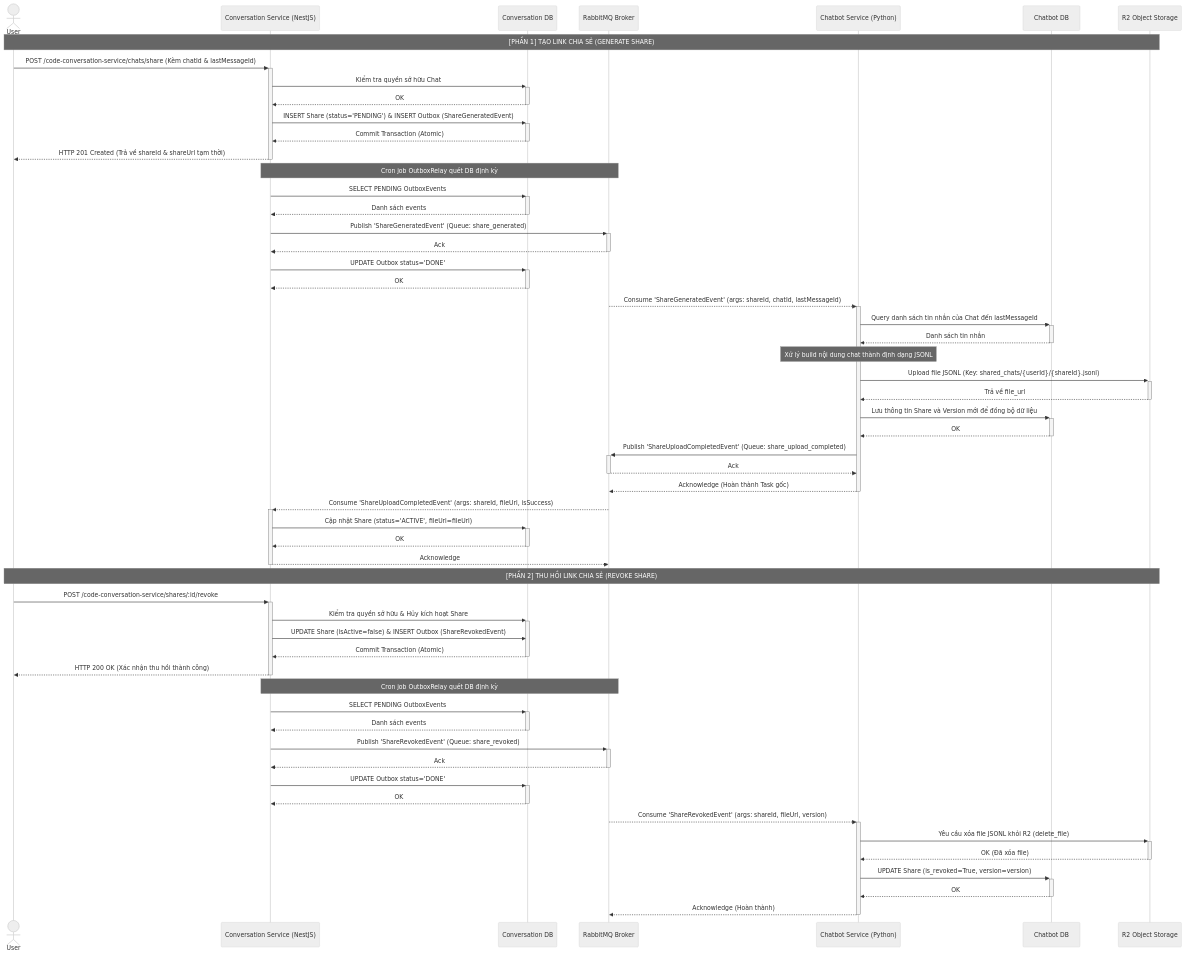
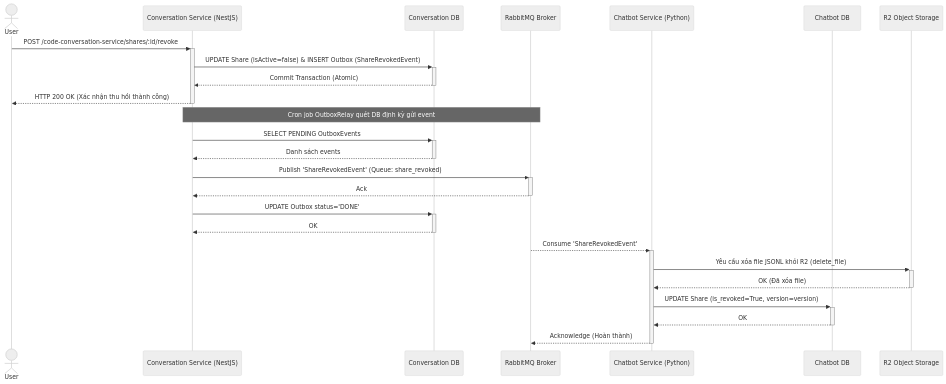
Before and after one commit to 20206205Tech/docs-markdown: the diagram in docs/1. Tổng quan đề tài/1.3. Bài toán nghiệp vụ/sequence/Revoke-Share-Chat.mmd, drawn with Mermaid (neutral theme). The commit also changed 3 other files, not shown here.

```diff
--- a/docs/1. Tổng quan đề tài/1.3. Bài toán nghiệp vụ/sequence/Revoke-Share-Chat.mmd
+++ b/docs/1. Tổng quan đề tài/1.3. Bài toán nghiệp vụ/sequence/Revoke-Share-Chat.mmd
@@ -1,96 +1,30 @@
 
 sequenceDiagram
     actor User
     participant Conv as Conversation Service (NestJS)
     participant ConvDB as Conversation DB
     participant RabbitMQ as RabbitMQ Broker
     participant Chatbot as Chatbot Service (Python)
     participant ChatbotDB as Chatbot DB
     participant R2 as R2 Object Storage
 
-    %% ==========================================
-    %% PHẦN 1: TẠO LINK CHIA SẺ (GENERATE SHARE)
-    %% ==========================================
-    Note over User, R2: [PHẦN 1] TẠO LINK CHIA SẺ (GENERATE SHARE)
+    User->>+Conv: POST /code-conversation-service/shares/:id/revoke
+    Conv->>+ConvDB: UPDATE Share (isActive=false) & INSERT Outbox (ShareRevokedEvent)
+    ConvDB-->>-Conv: Commit Transaction (Atomic)
+    Conv-->>-User: HTTP 200 OK (Xác nhận thu hồi thành công)
 
-    User->>+Conv: POST /code-conversation-service/chats/share (Kèm chatId & lastMessageId)
-
-    Conv->>+ConvDB: Kiểm tra quyền sở hữu Chat
-    ConvDB-->>-Conv: OK
-
-    Conv->>+ConvDB: INSERT Share (status='PENDING') & INSERT Outbox (ShareGeneratedEvent)
-    ConvDB-->>-Conv: Commit Transaction (Atomic)
-
-    %% Trả về link ngay lập tức cho User
-    Conv-->>-User: HTTP 201 Created (Trả về shareId & shareUrl tạm thời)
-
-    %% Cron Job quét Outbox gửi đi
-    Note over Conv, RabbitMQ: Cron job OutboxRelay quét DB định kỳ
+    Note over Conv, RabbitMQ: Cron job OutboxRelay quét DB định kỳ gửi event
     Conv->>+ConvDB: SELECT PENDING OutboxEvents
     ConvDB-->>-Conv: Danh sách events
-
-    Conv->>+RabbitMQ: Publish 'ShareGeneratedEvent' (Queue: share_generated)
+    Conv->>+RabbitMQ: Publish 'ShareRevokedEvent' (Queue: share_revoked)
     RabbitMQ-->>-Conv: Ack
-
     Conv->>+ConvDB: UPDATE Outbox status='DONE'
     ConvDB-->>-Conv: OK
 
-    %% Python xử lý sinh file JSONL & Upload R2
-    RabbitMQ-->>+Chatbot: Consume 'ShareGeneratedEvent' (args: shareId, chatId, lastMessageId)
-
-    Chatbot->>+ChatbotDB: Query danh sách tin nhắn của Chat đến lastMessageId
-    ChatbotDB-->>-Chatbot: Danh sách tin nhắn
-
-    Note over Chatbot: Xử lý build nội dung chat thành định dạng JSONL
-
-    Chatbot->>+R2: Upload file JSONL (Key: shared_chats/{userId}/{shareId}.jsonl)
-    R2-->>-Chatbot: Trả về file_url
-
-    Chatbot->>+ChatbotDB: Lưu thông tin Share và Version mới để đồng bộ dữ liệu
-    ChatbotDB-->>-Chatbot: OK
-
-    %% Trả kết quả hoàn thành về NestJS
-    Chatbot->>+RabbitMQ: Publish 'ShareUploadCompletedEvent' (Queue: share_upload_completed)
-    RabbitMQ-->>-Chatbot: Ack
-    Chatbot-->>-RabbitMQ: Acknowledge (Hoàn thành Task gốc)
-
-    %% NestJS nhận kết quả và kích hoạt Share Link
-    RabbitMQ-->>+Conv: Consume 'ShareUploadCompletedEvent' (args: shareId, fileUrl, isSuccess)
-    Conv->>+ConvDB: Cập nhật Share (status='ACTIVE', fileUrl=fileUrl)
-    ConvDB-->>-Conv: OK
-    Conv-->>-RabbitMQ: Acknowledge
-
-    %% ==========================================
-    %% PHẦN 2: THU HỒI LINK CHIA SẺ (REVOKE SHARE)
-    %% ==========================================
-    Note over User, R2: [PHẦN 2] THU HỒI LINK CHIA SẺ (REVOKE SHARE)
-
-    User->>+Conv: POST /code-conversation-service/shares/:id/revoke
-
-    Conv->>+ConvDB: Kiểm tra quyền sở hữu & Hủy kích hoạt Share
-    Conv->>ConvDB: UPDATE Share (isActive=false) & INSERT Outbox (ShareRevokedEvent)
-    ConvDB-->>-Conv: Commit Transaction (Atomic)
-
-    Conv-->>-User: HTTP 200 OK (Xác nhận thu hồi thành công)
-
-    %% Cron Job quét Outbox gửi đi
-    Note over Conv, RabbitMQ: Cron job OutboxRelay quét DB định kỳ
-    Conv->>+ConvDB: SELECT PENDING OutboxEvents
-    ConvDB-->>-Conv: Danh sách events
-
-    Conv->>+RabbitMQ: Publish 'ShareRevokedEvent' (Queue: share_revoked)
-    RabbitMQ-->>-Conv: Ack
-
-    Conv->>+ConvDB: UPDATE Outbox status='DONE'
-    ConvDB-->>-Conv: OK
-
-    %% Python xử lý xóa file R2 & cập nhật DB
-    RabbitMQ-->>+Chatbot: Consume 'ShareRevokedEvent' (args: shareId, fileUrl, version)
-
+    RabbitMQ-->>+Chatbot: Consume 'ShareRevokedEvent'
     Chatbot->>+R2: Yêu cầu xóa file JSONL khỏi R2 (delete_file)
     R2-->>-Chatbot: OK (Đã xóa file)
 
     Chatbot->>+ChatbotDB: UPDATE Share (is_revoked=True, version=version)
     ChatbotDB-->>-Chatbot: OK
-
     Chatbot-->>-RabbitMQ: Acknowledge (Hoàn thành)
```
